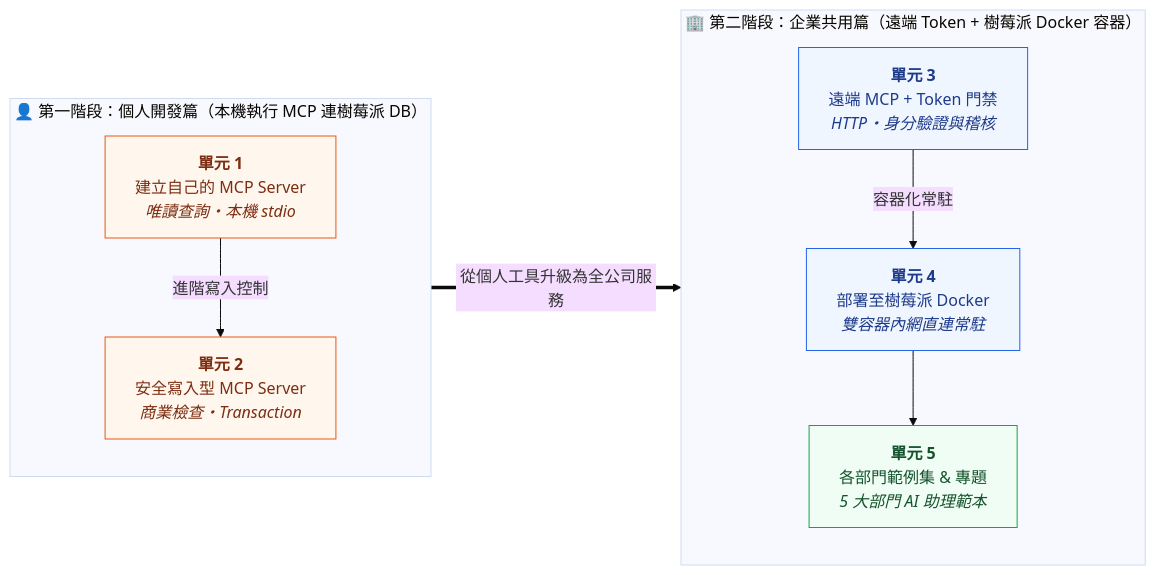
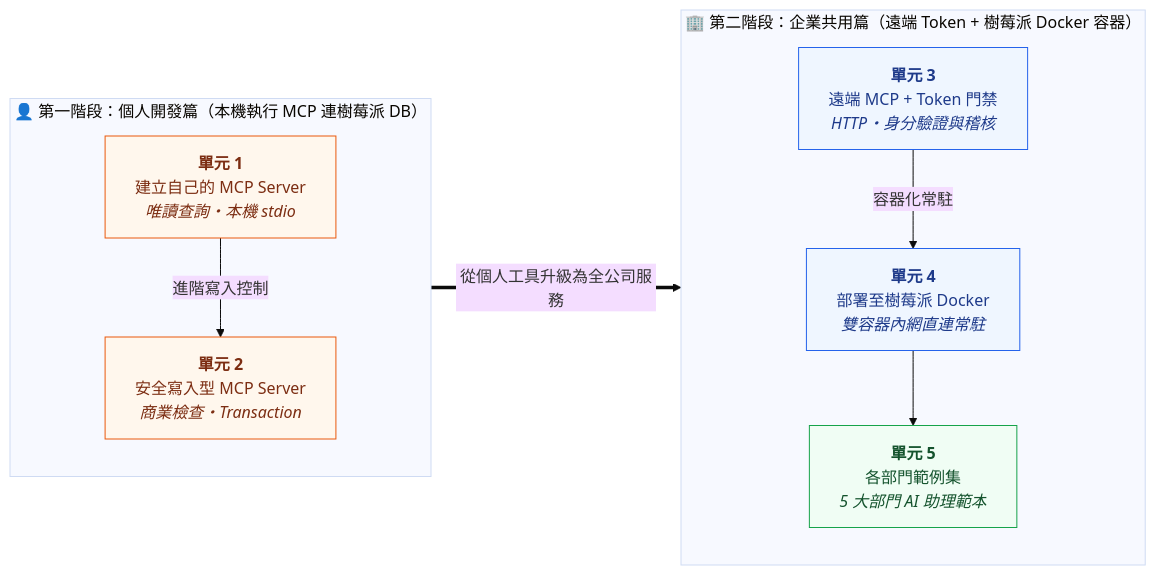
The second of 2 diagrams in mcp_server/README.md (roberthsu2003/postgreSQL_MCP), drawn with Mermaid (base theme) before and after one commit. The commit also changed other lines of this file and 1 other file, not shown here.

````diff
--- a/mcp_server/README.md
+++ b/mcp_server/README.md
@@ -68,24 +68,24 @@
 ```mermaid
 flowchart LR
     subgraph Solo ["👤 第一階段：個人開發篇（本機執行 MCP 連樹莓派 DB）"]
         U1["<b>單元 1</b><br/>建立自己的 MCP Server<br/><i>唯讀查詢・本機 stdio</i>"]
         U2["<b>單元 2</b><br/>安全寫入型 MCP Server<br/><i>商業檢查・Transaction</i>"]
         U1 -->|"進階寫入控制"| U2
     end
 
     subgraph Team ["🏢 第二階段：企業共用篇（遠端 Token + 樹莓派 Docker 容器）"]
         U3["<b>單元 3</b><br/>遠端 MCP + Token 門禁<br/><i>HTTP・身分驗證與稽核</i>"]
         U4["<b>單元 4</b><br/>部署至樹莓派 Docker<br/><i>雙容器內網直連常駐</i>"]
-        U5["<b>單元 5</b><br/>各部門範例集 & 專題<br/><i>5 大部門 AI 助理範本</i>"]
+        U5["<b>單元 5</b><br/>各部門範例集<br/><i>5 大部門 AI 助理範本</i>"]
         U3 -->|"容器化常駐"| U4 --> U5
     end
 
     Solo ==>|"從個人工具升級為全公司服務"| Team
 
     classDef local fill:#fff7ed,stroke:#ea580c,color:#7c2d12
     classDef remote fill:#eff6ff,stroke:#2563eb,color:#1e3a8a
     classDef final fill:#f0fdf4,stroke:#16a34a,color:#14532d
     class U1,U2 local
     class U3,U4 remote
     class U5 final
 ```
````
